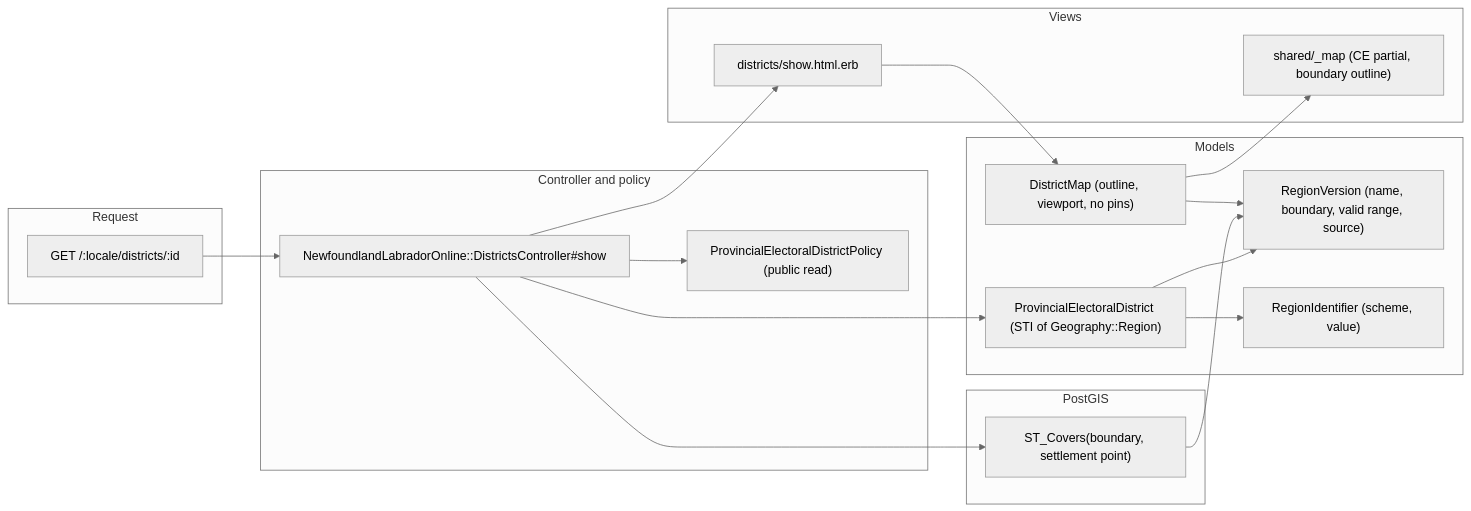
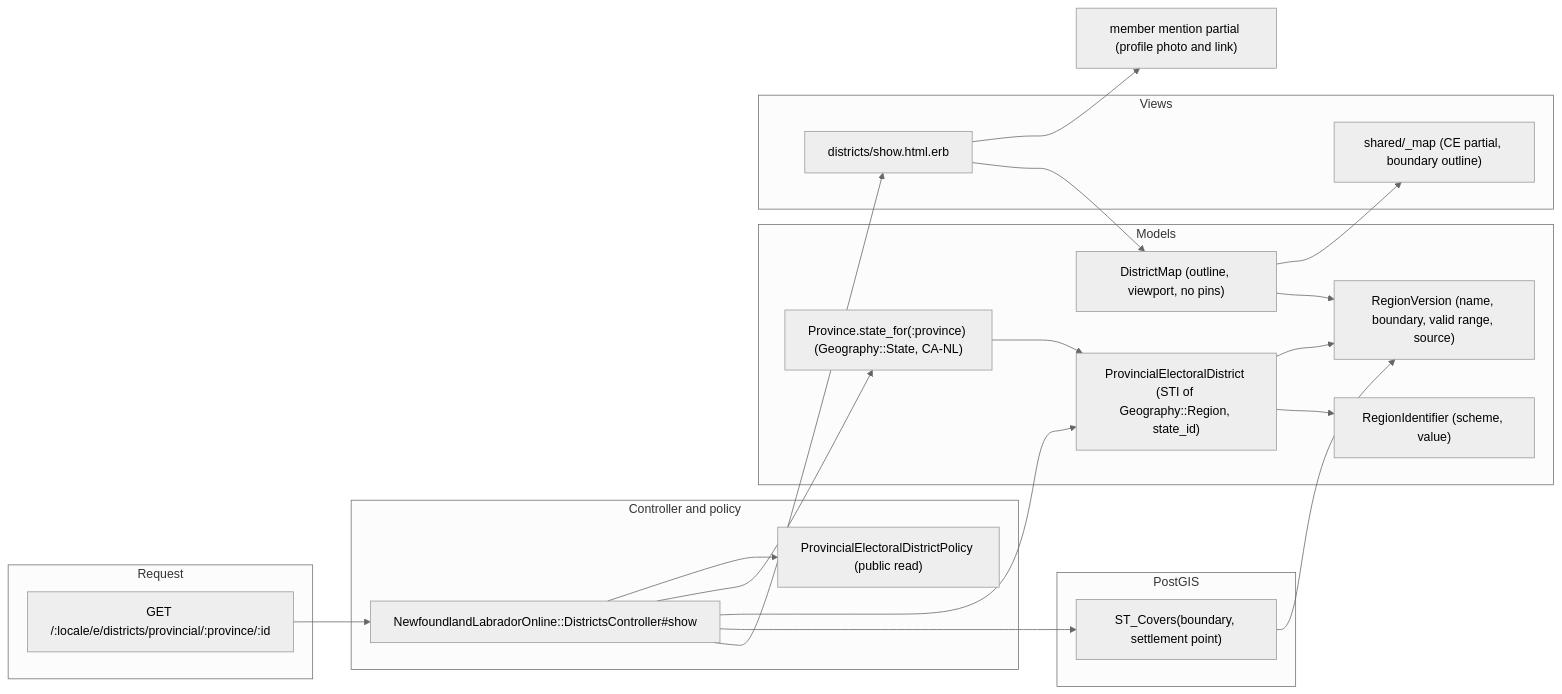
Before and after one commit to better-together-solutions/newfoundlandlabradoronline: the diagram in docs/diagrams/source/nlo_district_page_layers.mmd, drawn with Mermaid (neutral theme). The commit also changed 66 other files, not shown here.

First line of the commit message:
feat(regions): province directories, member mentions and scoped cross-links

```diff
--- a/docs/diagrams/source/nlo_district_page_layers.mmd
+++ b/docs/diagrams/source/nlo_district_page_layers.mmd
@@ -1,31 +1,34 @@
 %% render.orientation: landscape
 flowchart LR
   subgraph Request["Request"]
-    R1["GET /:locale/districts/:id"]
+    R1["GET /:locale/e/districts/provincial/:province/:id"]
   end
   subgraph Controller["Controller and policy"]
     C1["NewfoundlandLabradorOnline::DistrictsController#show"]
     P1["ProvincialElectoralDistrictPolicy (public read)"]
   end
   subgraph Models["Models"]
-    M1["ProvincialElectoralDistrict (STI of Geography::Region)"]
+    M0["Province.state_for(:province) (Geography::State, CA-NL)"]
+    M1["ProvincialElectoralDistrict (STI of Geography::Region, state_id)"]
     M2["RegionVersion (name, boundary, valid range, source)"]
     M3["RegionIdentifier (scheme, value)"]
     M4["DistrictMap (outline, viewport, no pins)"]
   end
   subgraph Views["Views"]
     V1["districts/show.html.erb"]
     V2["shared/_map (CE partial, boundary outline)"]
   end
   subgraph Spatial["PostGIS"]
     S1["ST_Covers(boundary, settlement point)"]
   end
   R1 --> C1 --> P1
+  C1 --> M0 --> M1
+  V1 --> MM["member mention partial (profile photo and link)"]
   C1 --> M1
   M1 --> M2
   M1 --> M3
   C1 --> S1
   S1 --> M2
   C1 --> V1
   V1 --> M4 --> V2
   M4 --> M2
```
